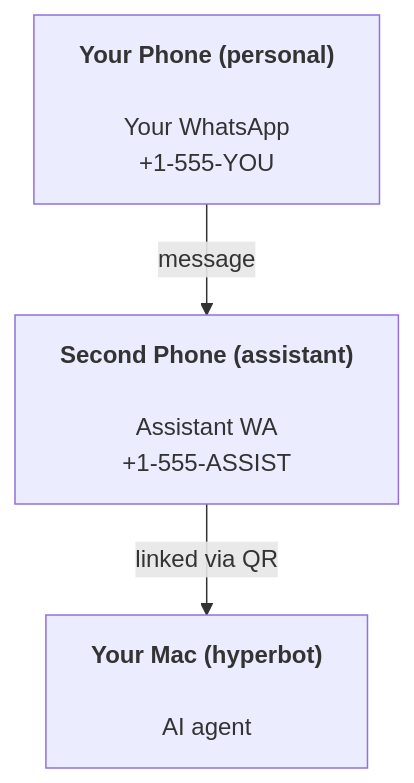
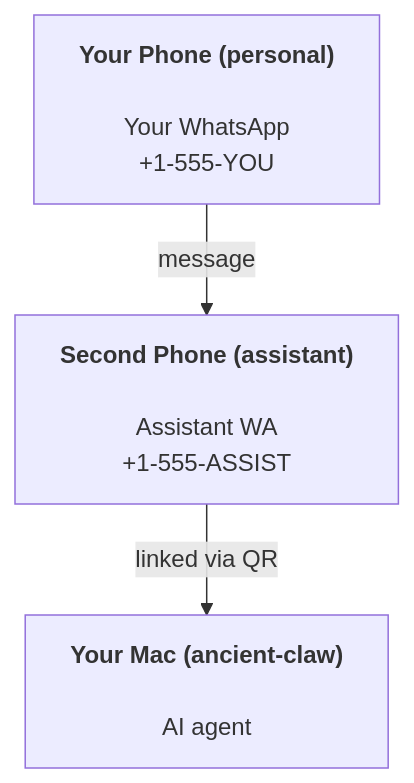
Before and after one commit to conceptlucid/Hyperbotdesktop: the diagram in docs/start/openclaw.md, drawn with Mermaid. The commit also changed other lines of this file and 665 other files, not shown here.

Commit message:
Rebrand to Ancient Claw

````diff
--- a/docs/start/openclaw.md
+++ b/docs/start/openclaw.md
@@ -36,5 +36,5 @@
 ```mermaid
 flowchart TB
     A["<b>Your Phone (personal)<br></b><br>Your WhatsApp<br>+1-555-YOU"] -- message --> B["<b>Second Phone (assistant)<br></b><br>Assistant WA<br>+1-555-ASSIST"]
-    B -- linked via QR --> C["<b>Your Mac (hyperbot)<br></b><br>AI agent"]
+    B -- linked via QR --> C["<b>Your Mac (ancient-claw)<br></b><br>AI agent"]
 ```
````
